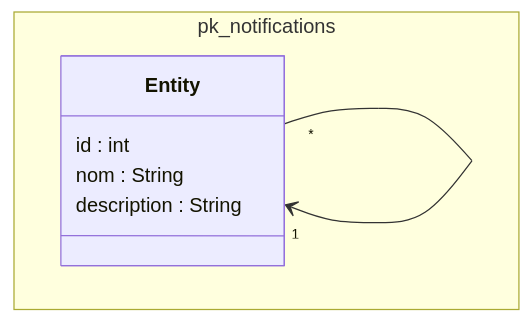
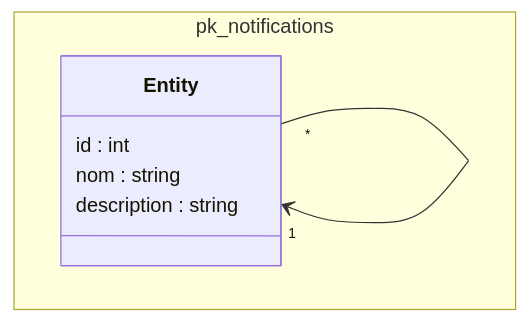
Before and after one commit to zaani12/prototype: the diagram in modélisation/pk_notifications/classes_pk_notifications.mmd, drawn with Mermaid. The commit also changed 32 other files, not shown here.

```diff
--- a/modélisation/pk_notifications/classes_pk_notifications.mmd
+++ b/modélisation/pk_notifications/classes_pk_notifications.mmd
@@ -1,13 +1,13 @@
 classDiagram
 
 namespace pk_notifications {
 
 class Entity {
   id : int
-  nom : String
-  description : String
+  nom : string
+  description : string
 }
 
 }
 
 Entity "*" --> "1" Entity
```
